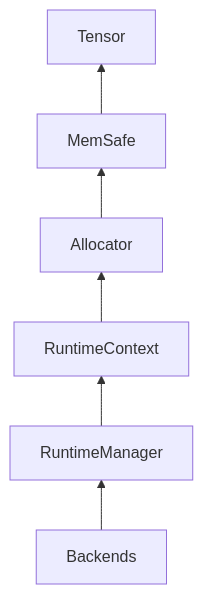
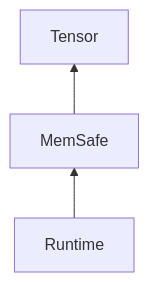
The first of 3 diagrams in docs/developer/design.md (ishidatakumi/orteaf), drawn with Mermaid before and after one commit. The commit also changed other lines of this file, not shown here.

````diff
--- a/docs/developer/design.md
+++ b/docs/developer/design.md
@@ -74,9 +71,5 @@
 ```mermaid
 graph BT
-
-    Backends --> RuntimeManager
-    RuntimeManager --> RuntimeContext
-    RuntimeContext --> Allocator
-    Allocator --> MemSafe
+    Runtime --> MemSafe
     MemSafe --> Tensor
 ```
````
